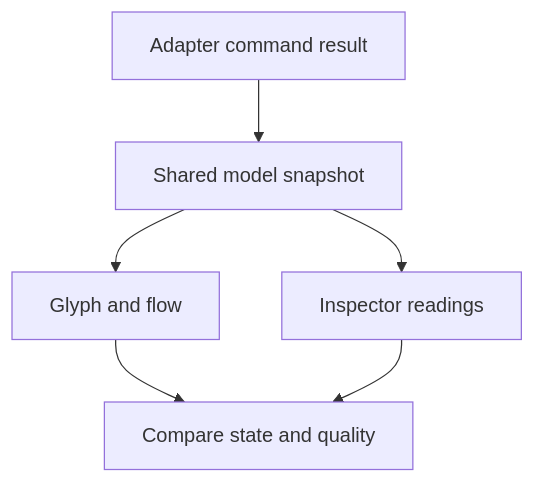
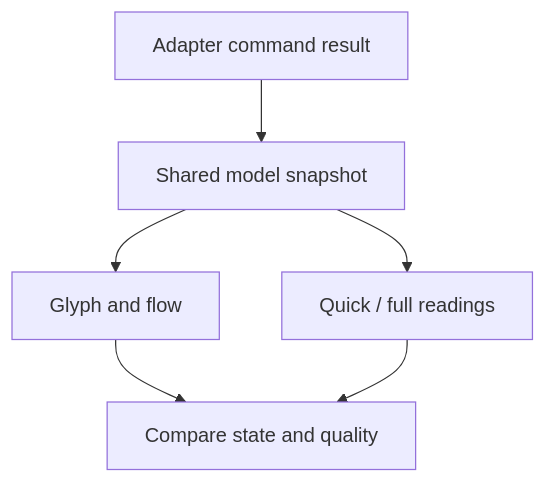
One commit to Valpatel/cad-agent changed the diagram in .agents/skills/scada-viewer-review/SKILL.md. Above: the diagram before and after it, drawn with Mermaid. The commit also changed other lines of this file and 6 other files, not shown here.

````diff
--- a/.agents/skills/scada-viewer-review/SKILL.md
+++ b/.agents/skills/scada-viewer-review/SKILL.md
@@ -45,11 +45,11 @@
 ```mermaid
 flowchart TD
     C["Adapter command result"] --> M["Shared model snapshot"]
     M --> G["Glyph and flow"]
-    M --> I["Inspector readings"]
+    M --> I["Quick / full readings"]
     G --> E["Compare state and quality"]
     I --> E
     class G,I here
     class C,M near
     class E out
 ```
````
